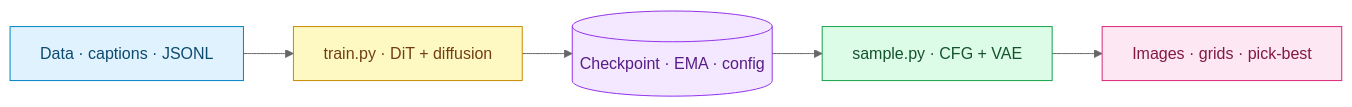
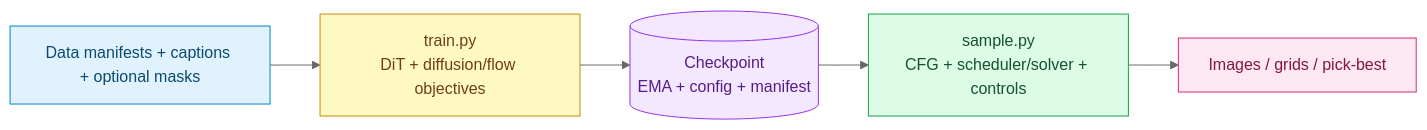
The first of 3 diagrams in README.md (Llunarstack/sdx), drawn with Mermaid before and after one commit. The commit also changed other lines of this file and 1 other file, not shown here.

First line of the commit message:
docs(readme): rewrite README and align architecture docs

````diff
--- a/README.md
+++ b/README.md
@@ -239,13 +42,14 @@
 ```mermaid
 %%{init: {'theme':'neutral'}}%%
 flowchart LR
-    A[Data · captions · JSONL] --> B[train.py · DiT + diffusion]
-    B --> C[("Checkpoint · EMA · config")]
-    C --> D[sample.py · CFG + VAE]
-    D --> E[Images · grids · pick-best]
+    A[Data manifests + captions + optional masks] --> B[train.py<br/>DiT + diffusion/flow objectives]
+    B --> C[(Checkpoint<br/>EMA + config + manifest)]
+    C --> D[sample.py<br/>CFG + scheduler/solver + controls]
+    D --> E[Images / grids / pick-best]
+
     style A fill:#e0f2fe,stroke:#0284c7,color:#0c4a6e
     style B fill:#fef9c3,stroke:#ca8a04,color:#713f12
     style C fill:#f3e8ff,stroke:#9333ea,color:#581c87
     style D fill:#dcfce7,stroke:#16a34a,color:#14532d
     style E fill:#fce7f3,stroke:#db2777,color:#831843
 ```
````
